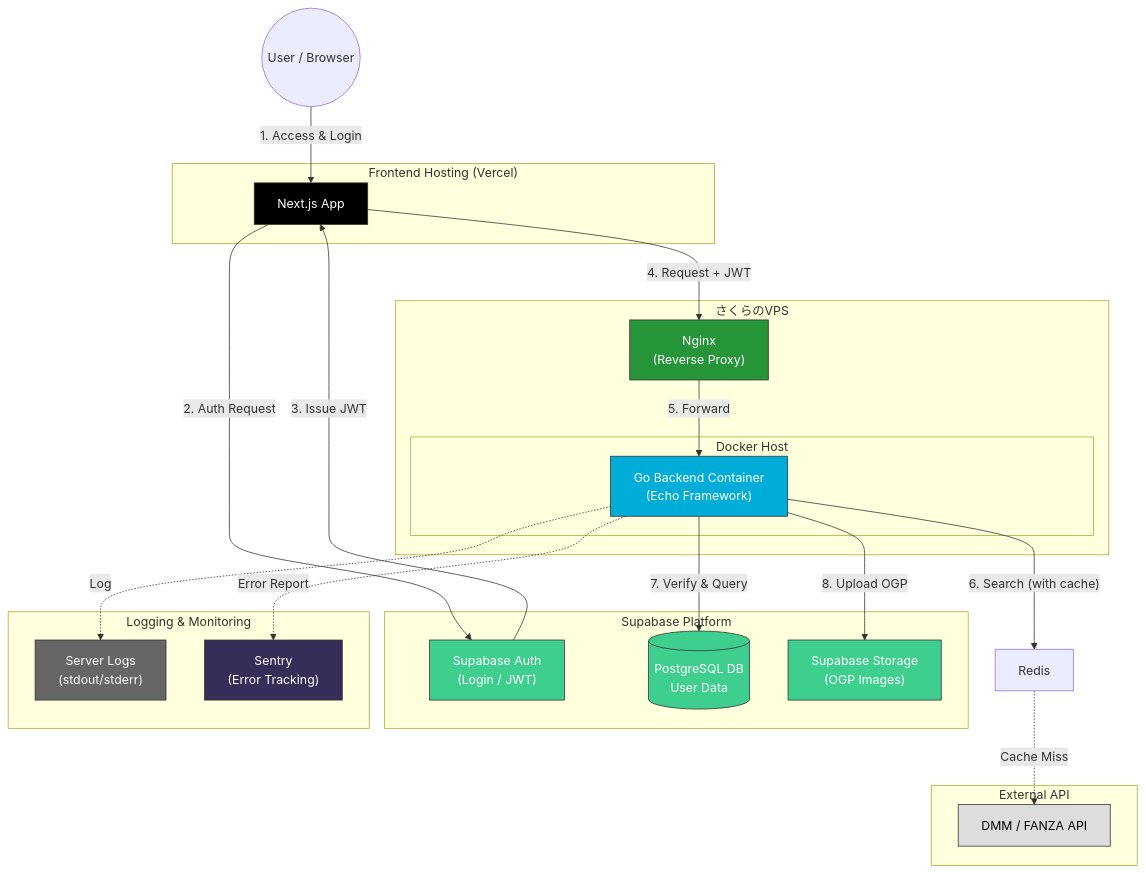
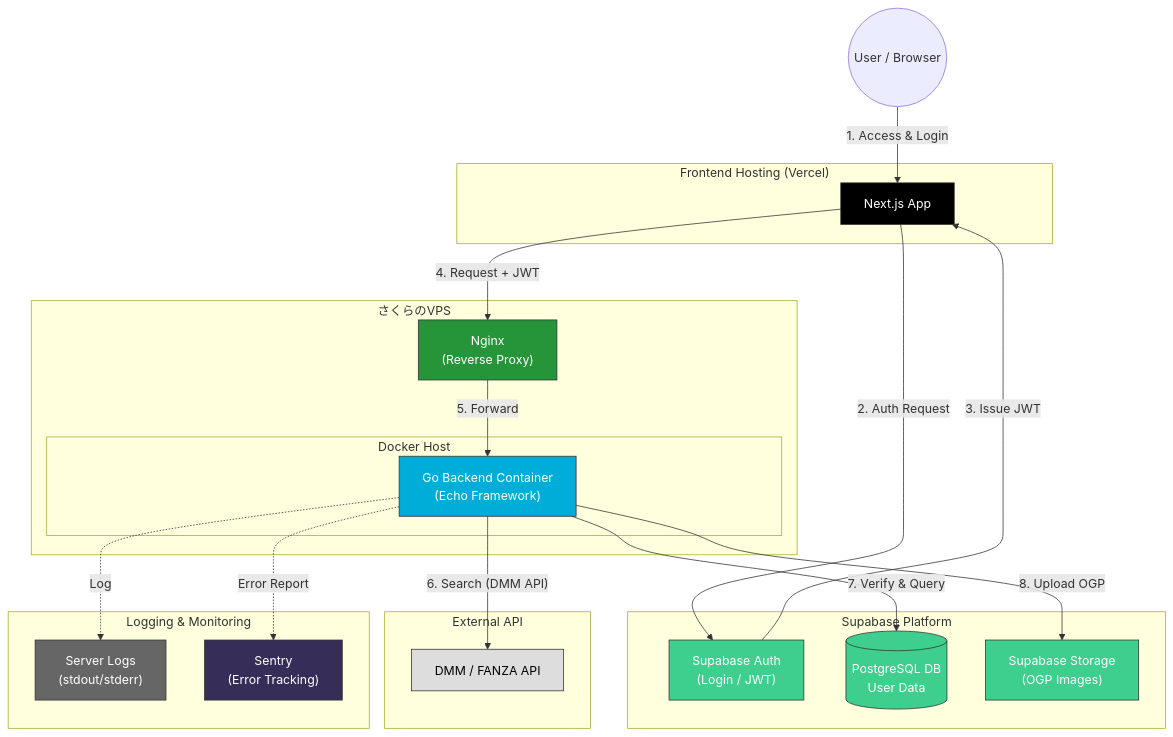
One commit to akito-0520/MuseLog changed the first of 2 diagrams in README.md. Above: the diagram before and after it, drawn with Mermaid. The commit also changed other lines of this file and 4 other files, not shown here.

````diff
--- a/README.md
+++ b/README.md
@@ -30,68 +30,67 @@
 ```mermaid
 graph TD
     %% ユーザー層
     User((User / Browser))
 
     %% フロントエンド (Vercel)
     subgraph "Frontend Hosting (Vercel)"
         Next["Next.js App"]
         style Next fill:#000000,stroke:#333,color:white
     end
 
     %% バックエンド (VPS/EC2)
     subgraph "さくらのVPS"
         subgraph "Docker Host"
             GoApp["Go Backend Container<br/>(Echo Framework)"]
             style GoApp fill:#00ADD8,stroke:#333,color:white
         end
 
         Nginx["Nginx<br/>(Reverse Proxy)"]
         style Nginx fill:#269539,stroke:#333,color:white
     end
 
     %% 外部SaaS (Supabase)
     subgraph "Supabase Platform"
         SupaAuth["Supabase Auth<br/>(Login / JWT)"]
         SupaDB[("PostgreSQL DB<br/>User Data")]
         SupaStorage["Supabase Storage<br/>(OGP Images)"]
         style SupaAuth fill:#3ECF8E,stroke:#333,color:white
         style SupaDB fill:#3ECF8E,stroke:#333,color:white
         style SupaStorage fill:#3ECF8E,stroke:#333,color:white
     end
 
     %% 外部データソース
     subgraph "External API"
         DMM["DMM / FANZA API"]
         style DMM fill:#DDD,stroke:#333,color:black
     end
 
 
     %% --- データフロー ---
 
     %% 1. 画面表示
     User -->|"1. Access & Login"| Next
     Next -->|"2. Auth Request"| SupaAuth
     SupaAuth -->|"3. Issue JWT"| Next
 
     %% 2. APIリクエスト
     Next -->|"4. Request + JWT"| Nginx
     Nginx -->|"5. Forward"| GoApp
 
     %% 3. 処理実行
     GoApp -.->|Log| LocalLogs
 
     %% 4. 外部連携
-    GoApp -->|"6. Search (with cache)"| Redis
-    Redis -.->|Cache Miss| DMM
+    GoApp -->|"6. Search (DMM API)"| DMM
     GoApp -->|"7. Verify & Query"| SupaDB
     GoApp -->|"8. Upload OGP"| SupaStorage
 
     subgraph "Logging & Monitoring"
         LocalLogs["Server Logs<br/>(stdout/stderr)"]
         Sentry["Sentry<br/>(Error Tracking)"]
         style LocalLogs fill:#666,stroke:#333,color:white
         style Sentry fill:#362D59,stroke:#333,color:white
     end
 
     GoApp -.->|Error Report| Sentry
 ```
````
